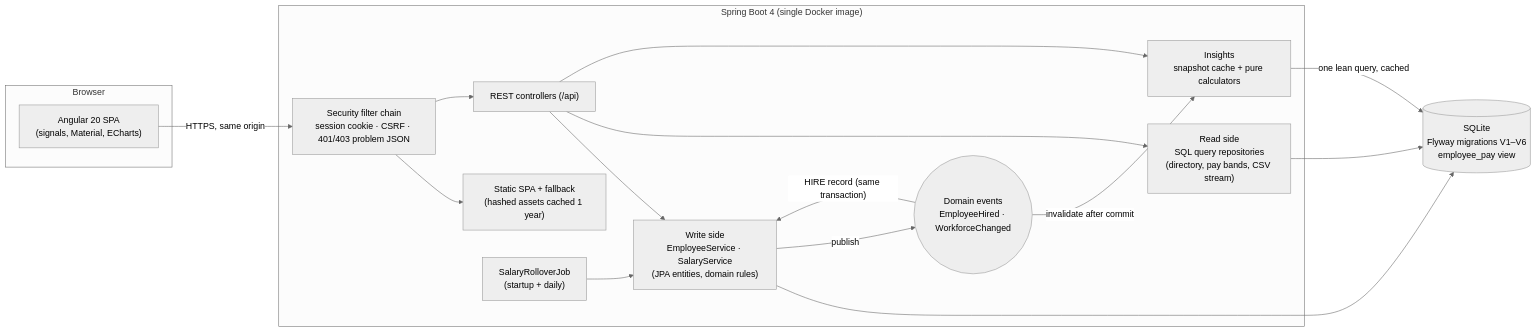
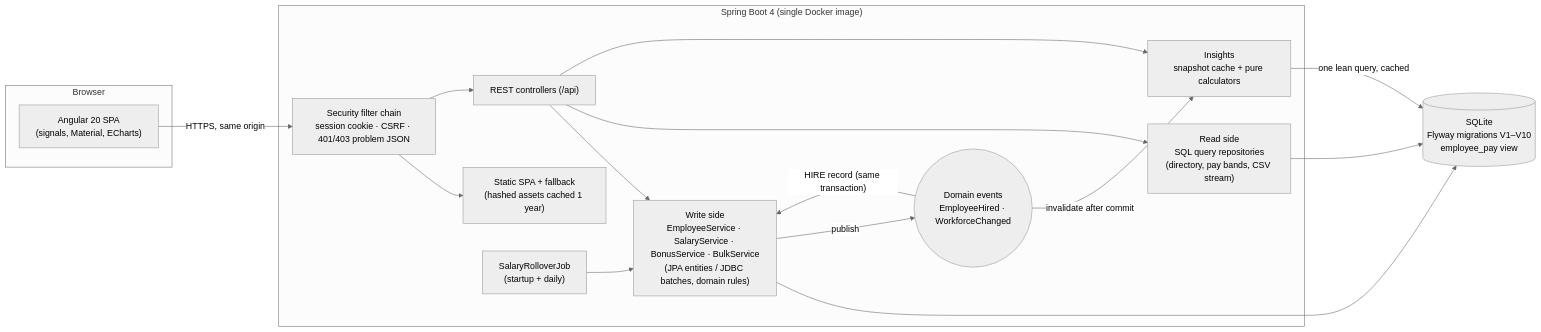
The first of 5 diagrams in docs/DESIGN.md (sachinyadav31/salary-management), drawn with Mermaid (neutral theme) before and after one commit. The commit also changed other lines of this file and 5 other files, not shown here.

````diff
--- a/docs/DESIGN.md
+++ b/docs/DESIGN.md
@@ -9,33 +9,33 @@
 ```mermaid
 flowchart LR
     subgraph Browser
         SPA["Angular 20 SPA<br/>(signals, Material, ECharts)"]
     end
 
     subgraph App["Spring Boot 4 (single Docker image)"]
         SEC["Security filter chain<br/>session cookie · CSRF · 401/403 problem JSON"]
         STATIC["Static SPA + fallback<br/>(hashed assets cached 1 year)"]
         API["REST controllers (/api)"]
-        CMD["Write side<br/>EmployeeService · SalaryService<br/>(JPA entities, domain rules)"]
+        CMD["Write side<br/>EmployeeService · SalaryService · BonusService · BulkService<br/>(JPA entities / JDBC batches, domain rules)"]
         QRY["Read side<br/>SQL query repositories<br/>(directory, pay bands, CSV stream)"]
         INS["Insights<br/>snapshot cache + pure calculators"]
         JOB["SalaryRolloverJob<br/>(startup + daily)"]
         EVT(("Domain events<br/>EmployeeHired · WorkforceChanged"))
     end
 
-    DB[("SQLite<br/>Flyway migrations V1–V6<br/>employee_pay view")]
+    DB[("SQLite<br/>Flyway migrations V1–V10<br/>employee_pay view")]
 
     SPA -- "HTTPS, same origin" --> SEC
     SEC --> STATIC
     SEC --> API
     API --> CMD
     API --> QRY
     API --> INS
     CMD --> DB
     QRY --> DB
     INS -- "one lean query, cached" --> DB
     JOB --> CMD
     CMD -- publish --> EVT
     EVT -- "HIRE record (same transaction)" --> CMD
     EVT -- "invalidate after commit" --> INS
 ```
````
